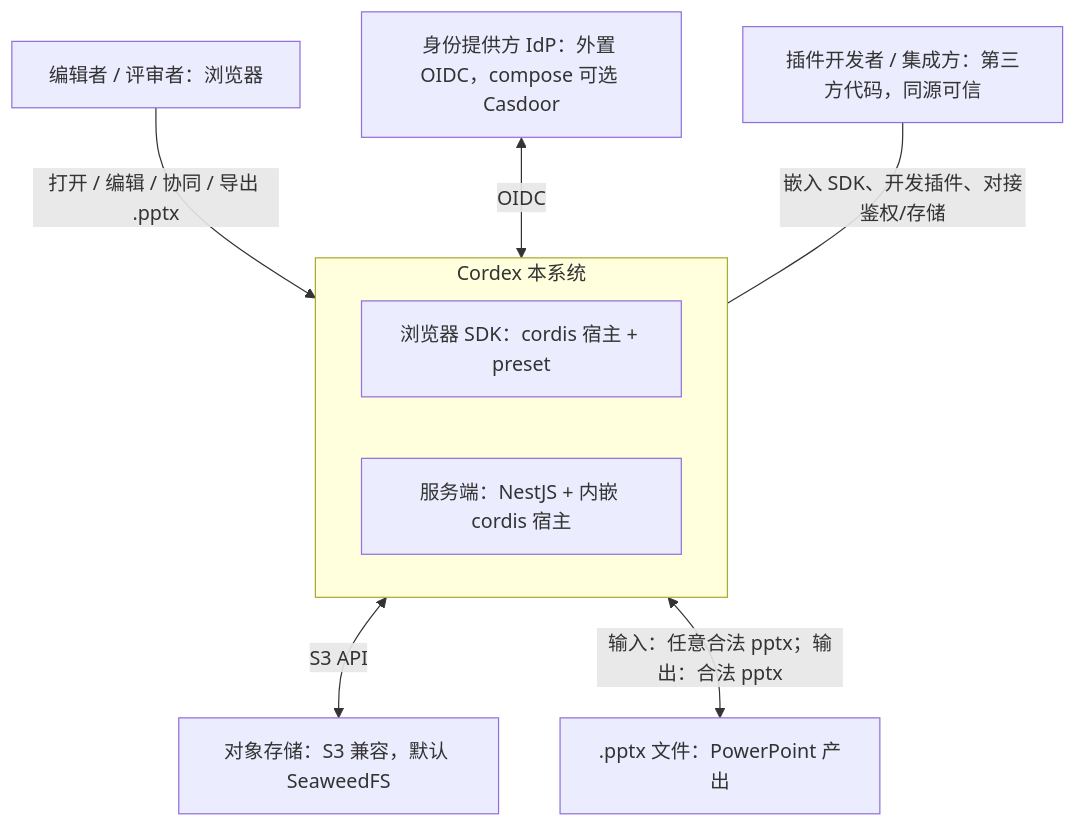
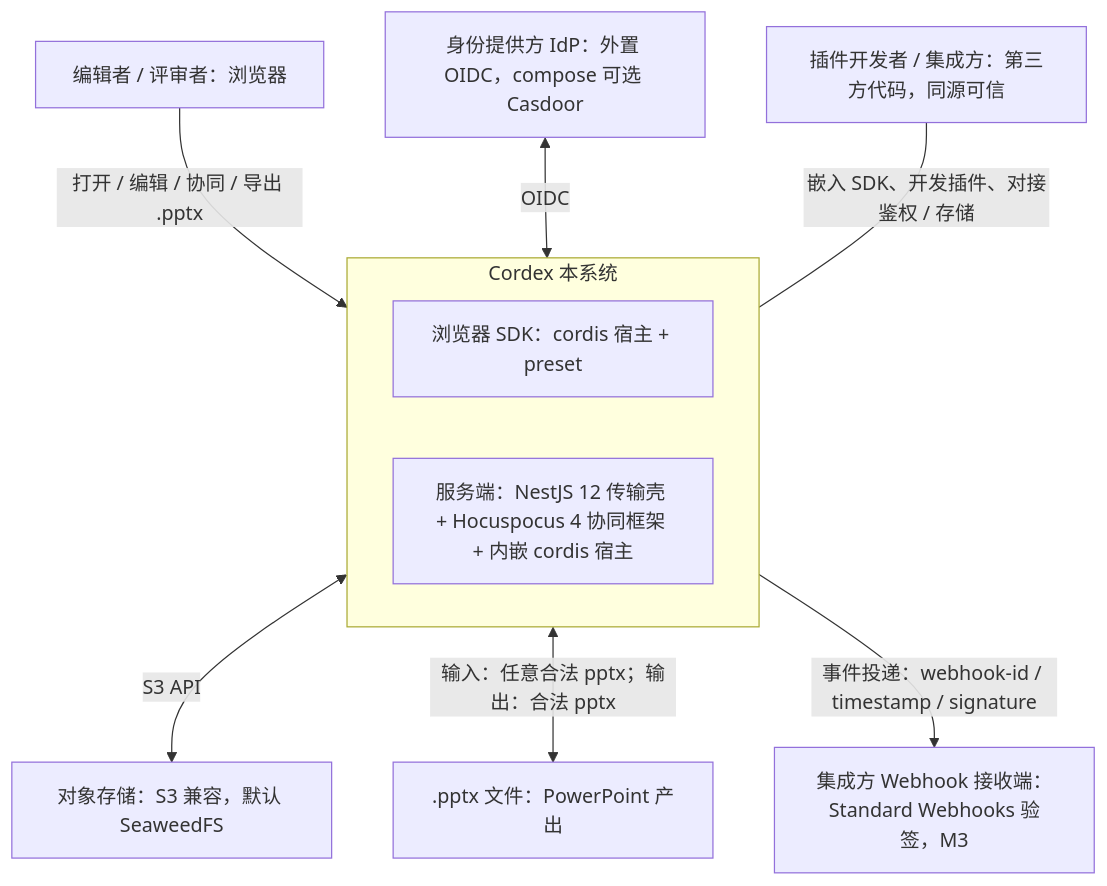
One commit to Xeonice/cordis-ppt-editor changed the second of 18 diagrams in docs/30-architecture/01-overview.md. Above: the diagram before and after it, drawn with Mermaid. The commit also changed other lines of this file and 78 other files, not shown here.

````diff
--- a/docs/30-architecture/01-overview.md
+++ b/docs/30-architecture/01-overview.md
@@ -11,17 +52,19 @@
 ```mermaid
 flowchart TB
   users["编辑者 / 评审者：浏览器"]
   subgraph cordex["Cordex 本系统"]
     sdk["浏览器 SDK：cordis 宿主 + preset"]
-    server["服务端：NestJS + 内嵌 cordis 宿主"]
+    server["服务端：NestJS 12 传输壳 + Hocuspocus 4 协同框架 + 内嵌 cordis 宿主"]
   end
   idp["身份提供方 IdP：外置 OIDC，compose 可选 Casdoor"]
   blob["对象存储：S3 兼容，默认 SeaweedFS"]
   devs["插件开发者 / 集成方：第三方代码，同源可信"]
   pptx[".pptx 文件：PowerPoint 产出"]
+  hooks["集成方 Webhook 接收端：Standard Webhooks 验签，M3"]
   users -- "打开 / 编辑 / 协同 / 导出 .pptx" --> cordex
   idp <-- "OIDC" --> cordex
   cordex <-- "S3 API" --> blob
-  devs -- "嵌入 SDK、开发插件、对接鉴权/存储" --- cordex
+  devs -- "嵌入 SDK、开发插件、对接鉴权 / 存储" --- cordex
   cordex <-- "输入：任意合法 pptx；输出：合法 pptx" --> pptx
+  cordex -- "事件投递：webhook-id / timestamp / signature" --> hooks
 ```
````
